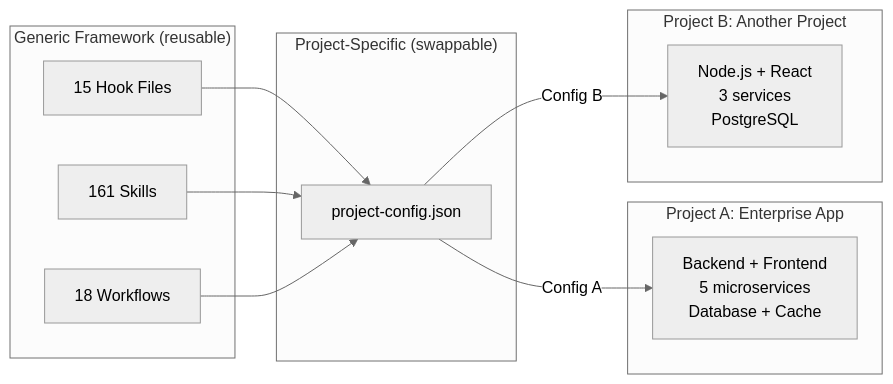
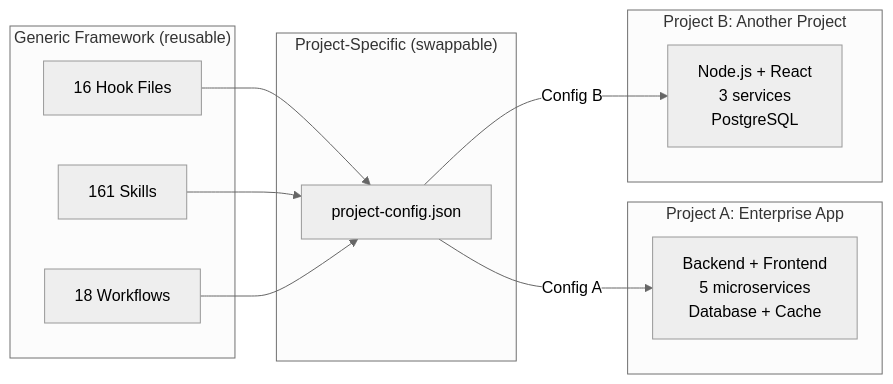
The eighth of 20 diagrams in .claude/docs/claude-ai-agent-framework-guide.md (duc01226/easy-claude), drawn with Mermaid (neutral theme) before and after one commit. The commit also changed other lines of this file and 22 other files, not shown here.

````diff
--- a/.claude/docs/claude-ai-agent-framework-guide.md
+++ b/.claude/docs/claude-ai-agent-framework-guide.md
@@ -877,24 +878,24 @@
 ```mermaid
 graph LR
     subgraph "Generic Framework (reusable)"
-        H[15 Hook Files]
+        H[16 Hook Files]
         S[161 Skills]
         W[18 Workflows]
     end
 
     subgraph "Project-Specific (swappable)"
         PC[project-config.json]
     end
 
     subgraph "Project A: Enterprise App"
         PA[Backend + Frontend<br/>5 microservices<br/>Database + Cache]
     end
 
     subgraph "Project B: Another Project"
         PB[Node.js + React<br/>3 services<br/>PostgreSQL]
     end
 
     H & S & W --> PC
     PC -->|Config A| PA
     PC -->|Config B| PB
 ```
````
